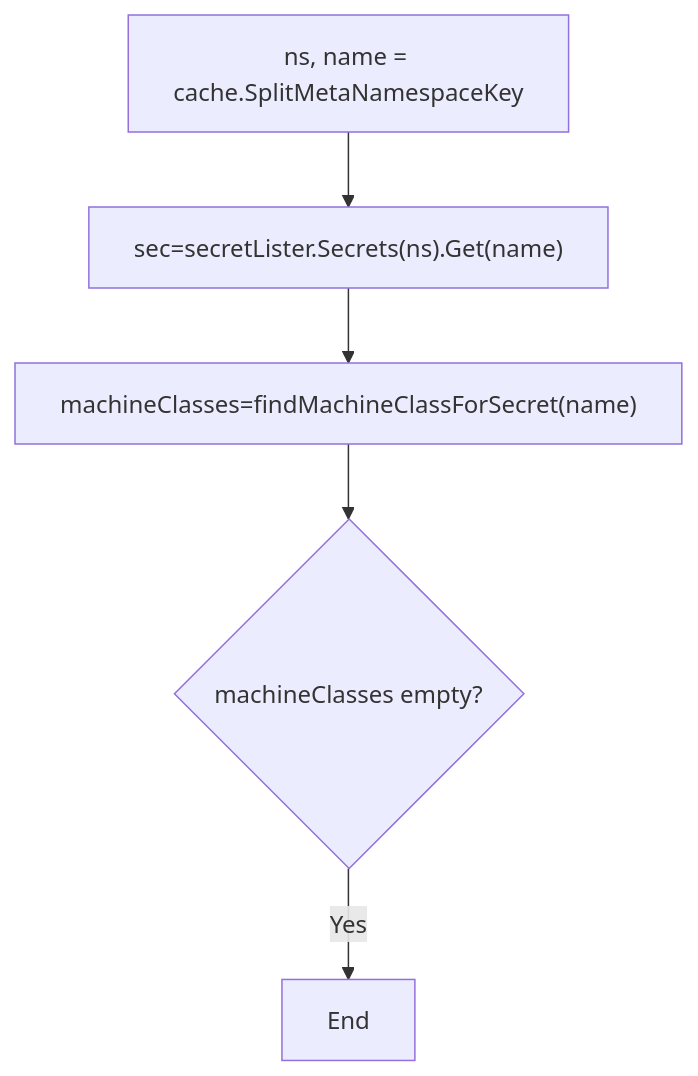
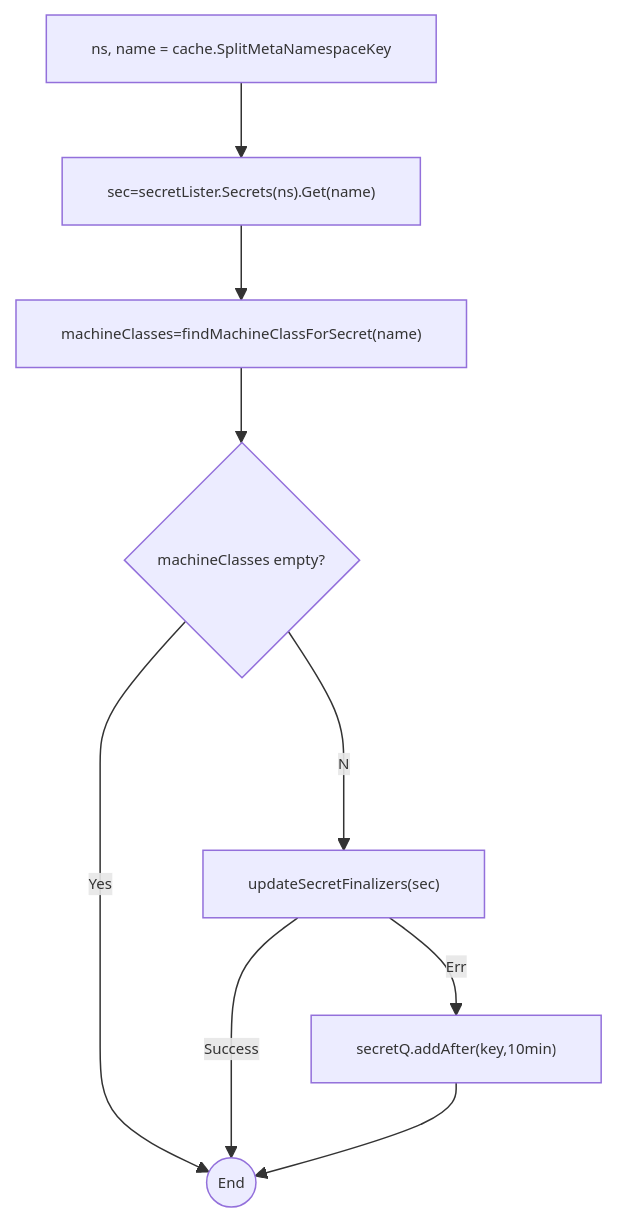
One commit to elankath/mcmdesign changed the first of 3 diagrams in README.md. Above: the diagram before and after it, drawn with Mermaid. The commit also changed other lines of this file, not shown here.

````diff
--- a/README.md
+++ b/README.md
@@ -1236,13 +1241,21 @@
 ```mermaid
+%%{init: {'themeVariables': { 'fontSize': '10px'}}}%%
+
 flowchart TD
 
 A[ns, name = cache.SplitMetaNamespaceKey]
 B["sec=secretLister.Secrets(ns).Get(name)"]
 C["machineClasses=findMachineClassForSecret(name)"]
 D{machineClasses empty?}
-Z[End]
+E["updateSecretFinalizers(sec)"] 
+F["secretQ.addAfter(key,10min)"]
+Z(("End"))
 A-->B
 B-->C
 C-->D
 D--Yes-->Z
+D--No-->E
+E--Err-->F
+E--Success-->Z
+F-->Z
 ```
````
